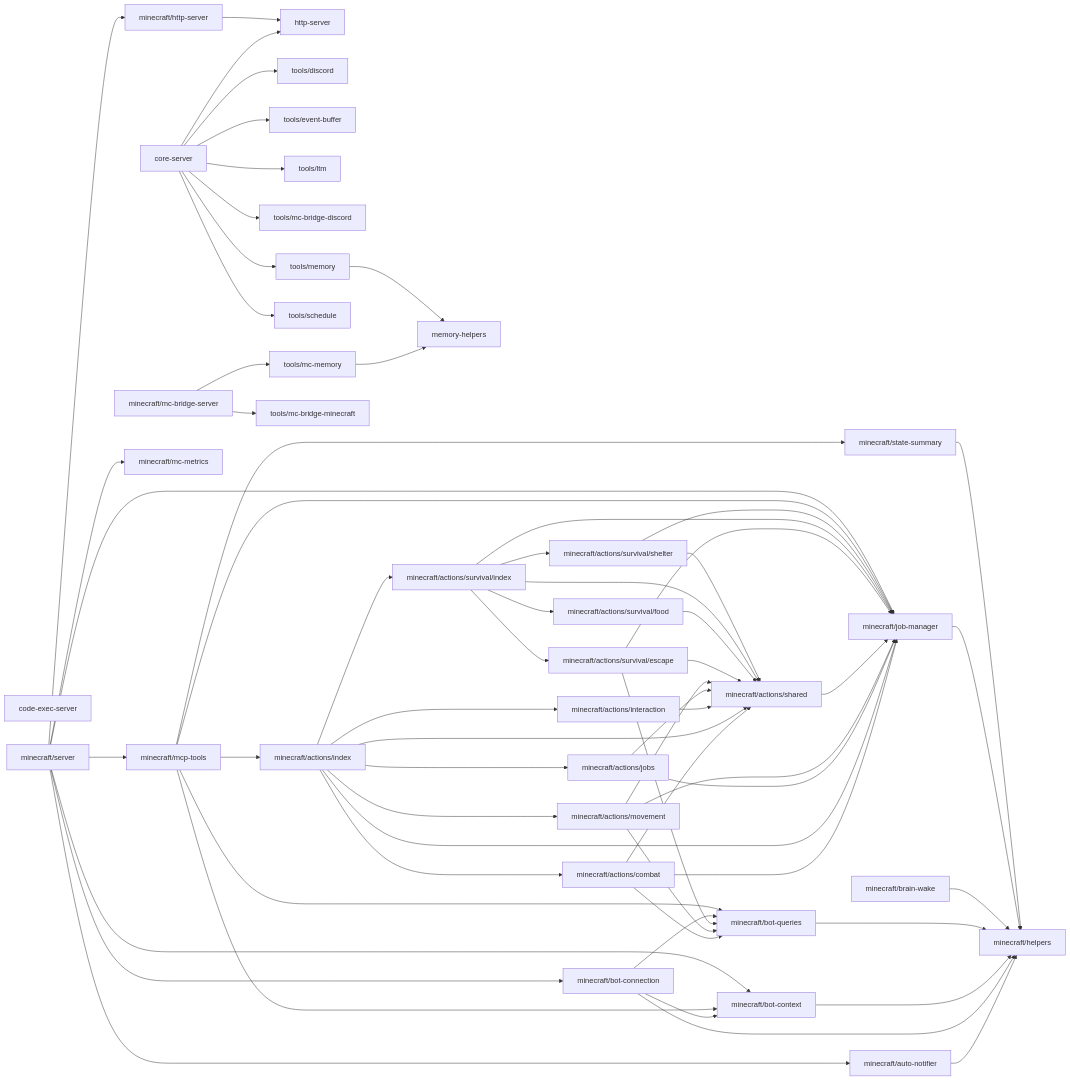
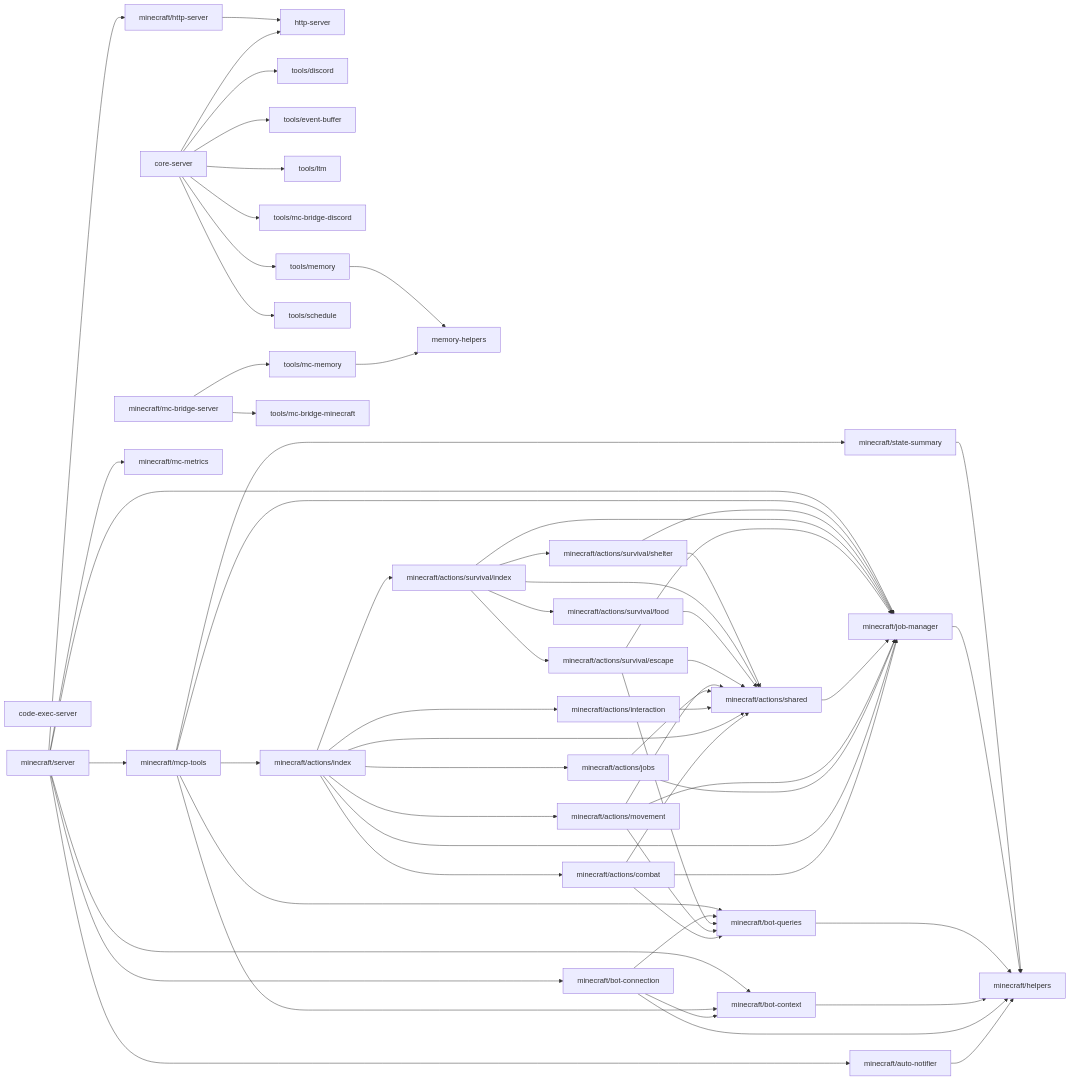
One commit to OJII3/vicissitude changed the diagram in src/mcp/DEPS.md. Above: the diagram before and after it, drawn with Mermaid. The commit also changed other lines of this file and 5 other files, not shown here.

First line of the commit message:
fix: ContextBuilder.build() に agentId が渡されるバグを修正 + brain-wake 削除

````diff
--- a/src/mcp/DEPS.md
+++ b/src/mcp/DEPS.md
@@ -7,75 +7,74 @@
 ```mermaid
 graph LR
   code_exec_server["code-exec-server"]
   core_server["core-server"] --> http_server["http-server"]
   core_server["core-server"] --> tools_discord["tools/discord"]
   core_server["core-server"] --> tools_event_buffer["tools/event-buffer"]
   core_server["core-server"] --> tools_ltm["tools/ltm"]
   core_server["core-server"] --> tools_mc_bridge_discord["tools/mc-bridge-discord"]
   core_server["core-server"] --> tools_memory["tools/memory"]
   core_server["core-server"] --> tools_schedule["tools/schedule"]
   http_server["http-server"]
   memory_helpers["memory-helpers"]
   minecraft_actions_combat["minecraft/actions/combat"] --> minecraft_actions_shared["minecraft/actions/shared"]
   minecraft_actions_combat["minecraft/actions/combat"] --> minecraft_bot_queries["minecraft/bot-queries"]
   minecraft_actions_combat["minecraft/actions/combat"] --> minecraft_job_manager["minecraft/job-manager"]
   minecraft_actions_index["minecraft/actions/index"] --> minecraft_actions_combat["minecraft/actions/combat"]
   minecraft_actions_index["minecraft/actions/index"] --> minecraft_actions_interaction["minecraft/actions/interaction"]
   minecraft_actions_index["minecraft/actions/index"] --> minecraft_actions_jobs["minecraft/actions/jobs"]
   minecraft_actions_index["minecraft/actions/index"] --> minecraft_actions_movement["minecraft/actions/movement"]
   minecraft_actions_index["minecraft/actions/index"] --> minecraft_actions_shared["minecraft/actions/shared"]
   minecraft_actions_index["minecraft/actions/index"] --> minecraft_actions_survival_index["minecraft/actions/survival/index"]
   minecraft_actions_index["minecraft/actions/index"] --> minecraft_job_manager["minecraft/job-manager"]
   minecraft_actions_interaction["minecraft/actions/interaction"] --> minecraft_actions_shared["minecraft/actions/shared"]
   minecraft_actions_jobs["minecraft/actions/jobs"] --> minecraft_actions_shared["minecraft/actions/shared"]
   minecraft_actions_jobs["minecraft/actions/jobs"] --> minecraft_job_manager["minecraft/job-manager"]
   minecraft_actions_movement["minecraft/actions/movement"] --> minecraft_actions_shared["minecraft/actions/shared"]
   minecraft_actions_movement["minecraft/actions/movement"] --> minecraft_bot_queries["minecraft/bot-queries"]
   minecraft_actions_movement["minecraft/actions/movement"] --> minecraft_job_manager["minecraft/job-manager"]
   minecraft_actions_shared["minecraft/actions/shared"] --> minecraft_job_manager["minecraft/job-manager"]
   minecraft_actions_survival_escape["minecraft/actions/survival/escape"] --> minecraft_actions_shared["minecraft/actions/shared"]
   minecraft_actions_survival_escape["minecraft/actions/survival/escape"] --> minecraft_bot_queries["minecraft/bot-queries"]
   minecraft_actions_survival_escape["minecraft/actions/survival/escape"] --> minecraft_job_manager["minecraft/job-manager"]
   minecraft_actions_survival_food["minecraft/actions/survival/food"] --> minecraft_actions_shared["minecraft/actions/shared"]
   minecraft_actions_survival_index["minecraft/actions/survival/index"] --> minecraft_actions_shared["minecraft/actions/shared"]
   minecraft_actions_survival_index["minecraft/actions/survival/index"] --> minecraft_actions_survival_escape["minecraft/actions/survival/escape"]
   minecraft_actions_survival_index["minecraft/actions/survival/index"] --> minecraft_actions_survival_food["minecraft/actions/survival/food"]
   minecraft_actions_survival_index["minecraft/actions/survival/index"] --> minecraft_actions_survival_shelter["minecraft/actions/survival/shelter"]
   minecraft_actions_survival_index["minecraft/actions/survival/index"] --> minecraft_job_manager["minecraft/job-manager"]
   minecraft_actions_survival_shelter["minecraft/actions/survival/shelter"] --> minecraft_actions_shared["minecraft/actions/shared"]
   minecraft_actions_survival_shelter["minecraft/actions/survival/shelter"] --> minecraft_job_manager["minecraft/job-manager"]
   minecraft_auto_notifier["minecraft/auto-notifier"] --> minecraft_helpers["minecraft/helpers"]
   minecraft_bot_connection["minecraft/bot-connection"] --> minecraft_bot_context["minecraft/bot-context"]
   minecraft_bot_connection["minecraft/bot-connection"] --> minecraft_bot_queries["minecraft/bot-queries"]
   minecraft_bot_connection["minecraft/bot-connection"] --> minecraft_helpers["minecraft/helpers"]
   minecraft_bot_context["minecraft/bot-context"] --> minecraft_helpers["minecraft/helpers"]
   minecraft_bot_queries["minecraft/bot-queries"] --> minecraft_helpers["minecraft/helpers"]
-  minecraft_brain_wake["minecraft/brain-wake"] --> minecraft_helpers["minecraft/helpers"]
   minecraft_helpers["minecraft/helpers"]
   minecraft_http_server["minecraft/http-server"] --> http_server["http-server"]
   minecraft_job_manager["minecraft/job-manager"] --> minecraft_helpers["minecraft/helpers"]
   minecraft_mc_bridge_server["minecraft/mc-bridge-server"] --> tools_mc_bridge_minecraft["tools/mc-bridge-minecraft"]
   minecraft_mc_bridge_server["minecraft/mc-bridge-server"] --> tools_mc_memory["tools/mc-memory"]
   minecraft_mc_metrics["minecraft/mc-metrics"]
   minecraft_mcp_tools["minecraft/mcp-tools"] --> minecraft_actions_index["minecraft/actions/index"]
   minecraft_mcp_tools["minecraft/mcp-tools"] --> minecraft_bot_context["minecraft/bot-context"]
   minecraft_mcp_tools["minecraft/mcp-tools"] --> minecraft_bot_queries["minecraft/bot-queries"]
   minecraft_mcp_tools["minecraft/mcp-tools"] --> minecraft_job_manager["minecraft/job-manager"]
   minecraft_mcp_tools["minecraft/mcp-tools"] --> minecraft_state_summary["minecraft/state-summary"]
   minecraft_server["minecraft/server"] --> minecraft_auto_notifier["minecraft/auto-notifier"]
   minecraft_server["minecraft/server"] --> minecraft_bot_connection["minecraft/bot-connection"]
   minecraft_server["minecraft/server"] --> minecraft_bot_context["minecraft/bot-context"]
   minecraft_server["minecraft/server"] --> minecraft_http_server["minecraft/http-server"]
   minecraft_server["minecraft/server"] --> minecraft_job_manager["minecraft/job-manager"]
   minecraft_server["minecraft/server"] --> minecraft_mc_metrics["minecraft/mc-metrics"]
   minecraft_server["minecraft/server"] --> minecraft_mcp_tools["minecraft/mcp-tools"]
   minecraft_state_summary["minecraft/state-summary"] --> minecraft_helpers["minecraft/helpers"]
   tools_discord["tools/discord"]
   tools_event_buffer["tools/event-buffer"]
   tools_ltm["tools/ltm"]
   tools_mc_bridge_discord["tools/mc-bridge-discord"]
   tools_mc_bridge_minecraft["tools/mc-bridge-minecraft"]
   tools_mc_memory["tools/mc-memory"] --> memory_helpers["memory-helpers"]
   tools_memory["tools/memory"] --> memory_helpers["memory-helpers"]
   tools_schedule["tools/schedule"]
 ```
````
